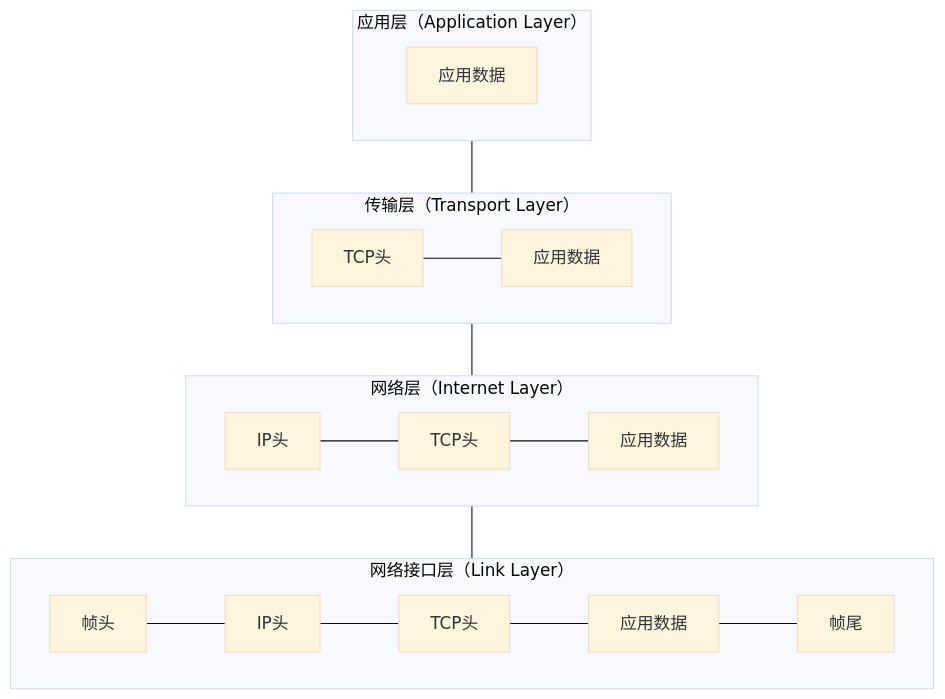
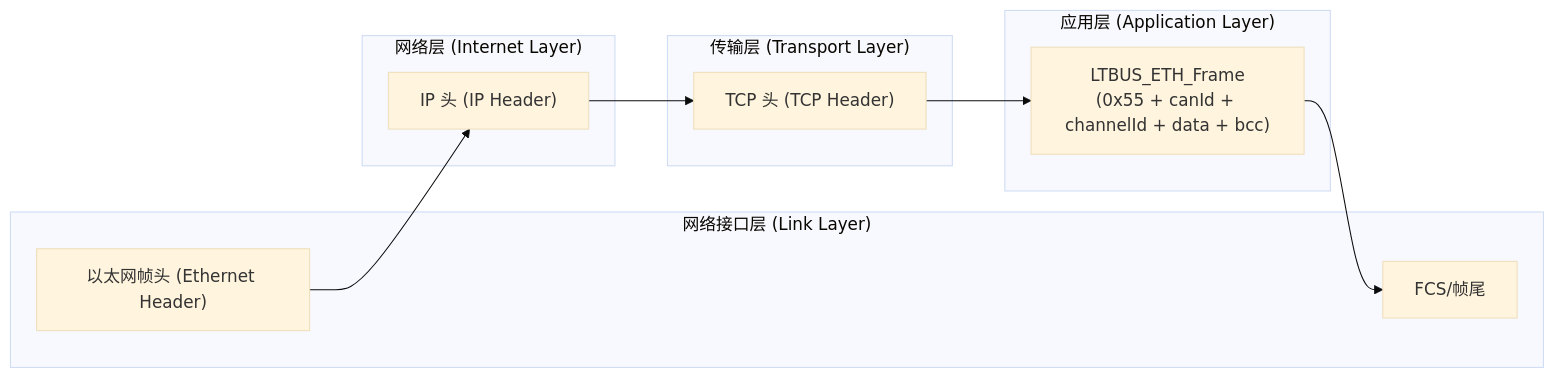
The first of 2 diagrams in docs/t.md (jiangnanqw12/NoteSystemScripts), drawn with Mermaid (base theme) before and after one commit. The commit also changed other lines of this file and 3 other files, not shown here.

````diff
--- a/docs/t.md
+++ b/docs/t.md
@@ -3,29 +75,18 @@
 ```mermaid
-graph
-subgraph sub1["应用层（Application Layer）"]
-a1["应用数据"]
+graph LR
+subgraph Link["网络接口层 (Link Layer)"]
+    E["以太网帧头 (Ethernet Header)"]
+    F["FCS/帧尾"]
+end
+subgraph Net["网络层 (Internet Layer)"]
+    D["IP 头 (IP Header)"]
+end
+subgraph Trans["传输层 (Transport Layer)"]
+    C["TCP 头 (TCP Header)"]
+end
+subgraph App["应用层 (Application Layer)"]
+    B["LTBUS_ETH_Frame\n(0x55 + canId + channelId + data + bcc)"]
+end
 
-end
-subgraph sub2["传输层（Transport Layer）"]
-a2["TCP头"]
-b2["应用数据"]
-
-a2---b2
-end
-subgraph sub3["网络层（Internet Layer）"]
-a3["TCP头"]
-b3["应用数据"]
-c3["IP头"]
-
-c3---a3---b3
-end
-subgraph sub4["网络接口层（Link Layer）"]
-a4["TCP头"]
-b4["应用数据"]
-c4["IP头"]
-d4["帧头"]
-e4["帧尾"]
-d4---c4---a4---b4---e4
-end
-sub1---sub2---sub3---sub4
+E --> D --> C --> B --> F
 ```
````
